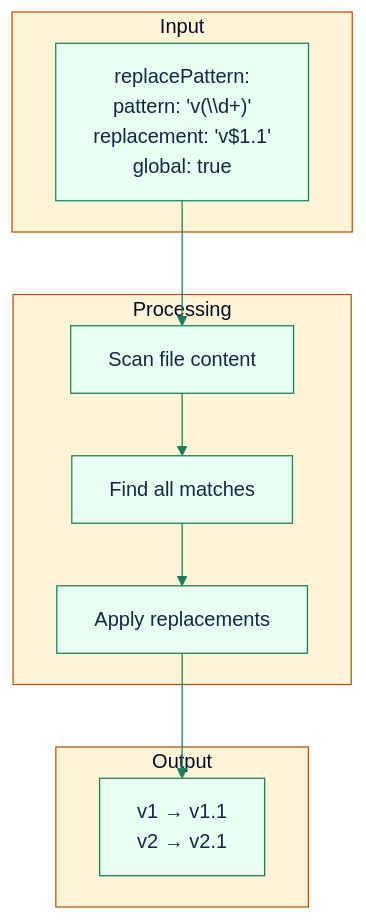
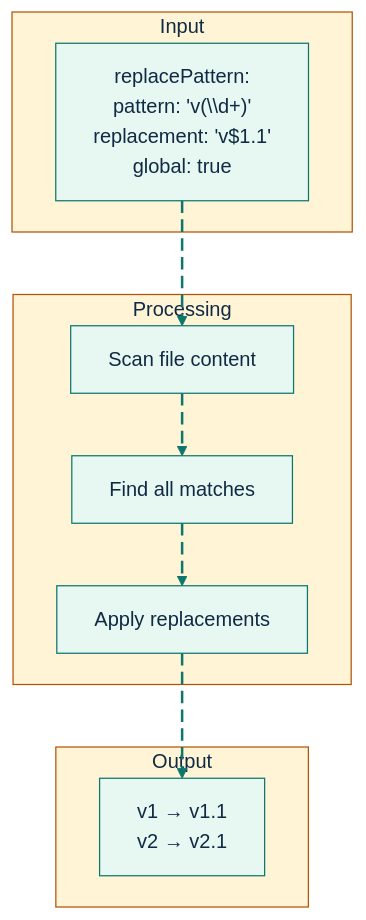
One commit to GlitterKill/sdl-mcp changed the fourth of 8 diagrams in docs/file-write-tool.md. Above: the diagram before and after it, drawn with Mermaid. The commit also changed other lines of this file and 33 other files, not shown here.

First line of the commit message:
docs: update mermaid diagram themes and styling across documentation

````diff
--- a/docs/file-write-tool.md
+++ b/docs/file-write-tool.md
@@ -212,19 +239,31 @@
 ```mermaid
-%%{init: {"theme":"base","themeVariables":{"primaryColor":"#e8fff1","primaryBorderColor":"#157f5b","primaryTextColor":"#102a43","secondaryColor":"#eef6ff","secondaryBorderColor":"#2563eb","tertiaryColor":"#fff4d6","tertiaryBorderColor":"#b45309","lineColor":"#157f5b","fontFamily":"Trebuchet MS, Arial"},"flowchart":{"curve":"basis"}}}%%
+%%{init: {"theme":"base","themeVariables":{"background":"#ffffff","primaryColor":"#E7F8F2","primaryBorderColor":"#0F766E","primaryTextColor":"#102A43","secondaryColor":"#E8F1FF","secondaryBorderColor":"#2563EB","secondaryTextColor":"#102A43","tertiaryColor":"#FFF4D6","tertiaryBorderColor":"#B45309","tertiaryTextColor":"#102A43","lineColor":"#0F766E","textColor":"#102A43","fontFamily":"Inter, ui-sans-serif, system-ui, -apple-system, BlinkMacSystemFont, Segoe UI, sans-serif"},"flowchart":{"curve":"basis","htmlLabels":true}}}%%
 flowchart TD
     subgraph Input
         A["replacePattern:\n  pattern: 'v(\\d+)'\n  replacement: 'v$1.1'\n  global: true"]
     end
 
     subgraph Processing
         B[Scan file content]
         C[Find all matches]
         D[Apply replacements]
     end
 
     subgraph Output
         E["v1 → v1.1\nv2 → v2.1"]
     end
 
-    A --> B --> C --> D --> E
+    A e1@--> B
+    B e2@--> C
+    C e3@--> D
+    D e4@--> E
+
+    classDef source fill:#E7F8F2,stroke:#0F766E,stroke-width:2px,color:#102A43;
+    classDef process fill:#E8F1FF,stroke:#2563EB,stroke-width:2px,color:#102A43;
+    classDef decision fill:#FFF4D6,stroke:#B45309,stroke-width:2px,color:#102A43;
+    classDef storage fill:#F2E8FF,stroke:#7C3AED,stroke-width:2px,color:#102A43;
+    classDef output fill:#FFE8EF,stroke:#BE123C,stroke-width:2px,color:#102A43;
+    classDef muted fill:#F8FAFC,stroke:#64748B,stroke-width:1px,color:#102A43;
+    classDef animate stroke:#0F766E,stroke-width:2px,stroke-dasharray:10\,5,stroke-dashoffset:900,animation:dash 22s linear infinite;
+    class e1,e2,e3,e4 animate;
 ```
````
